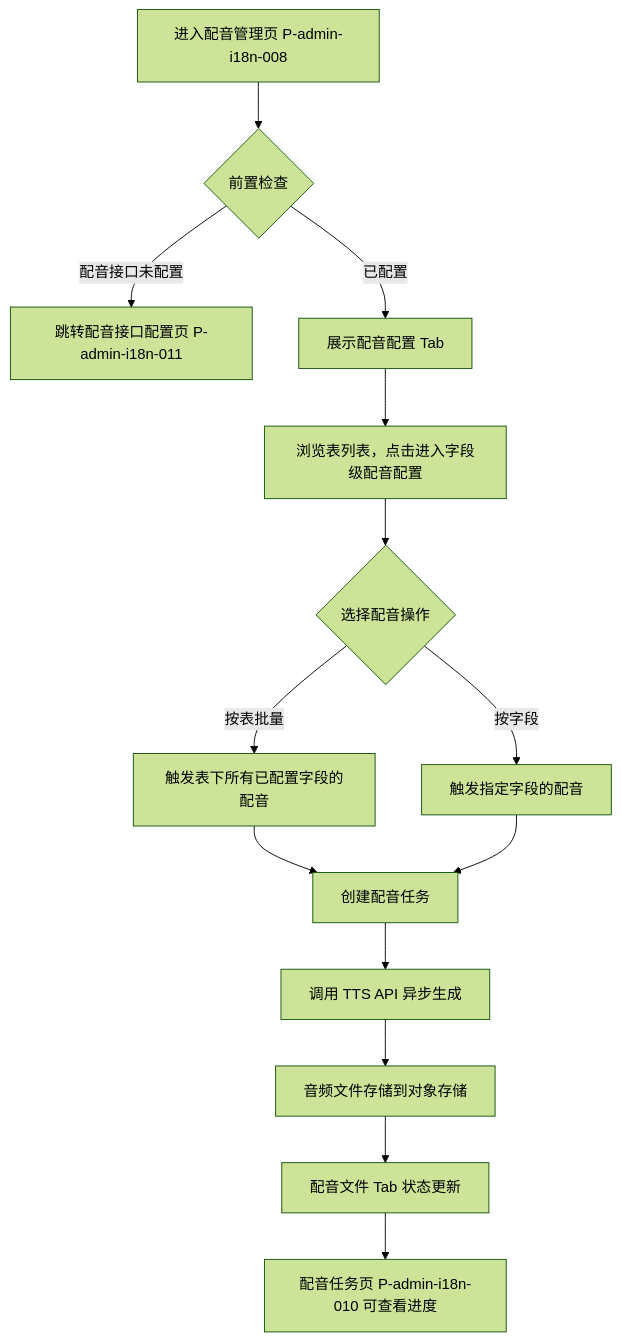
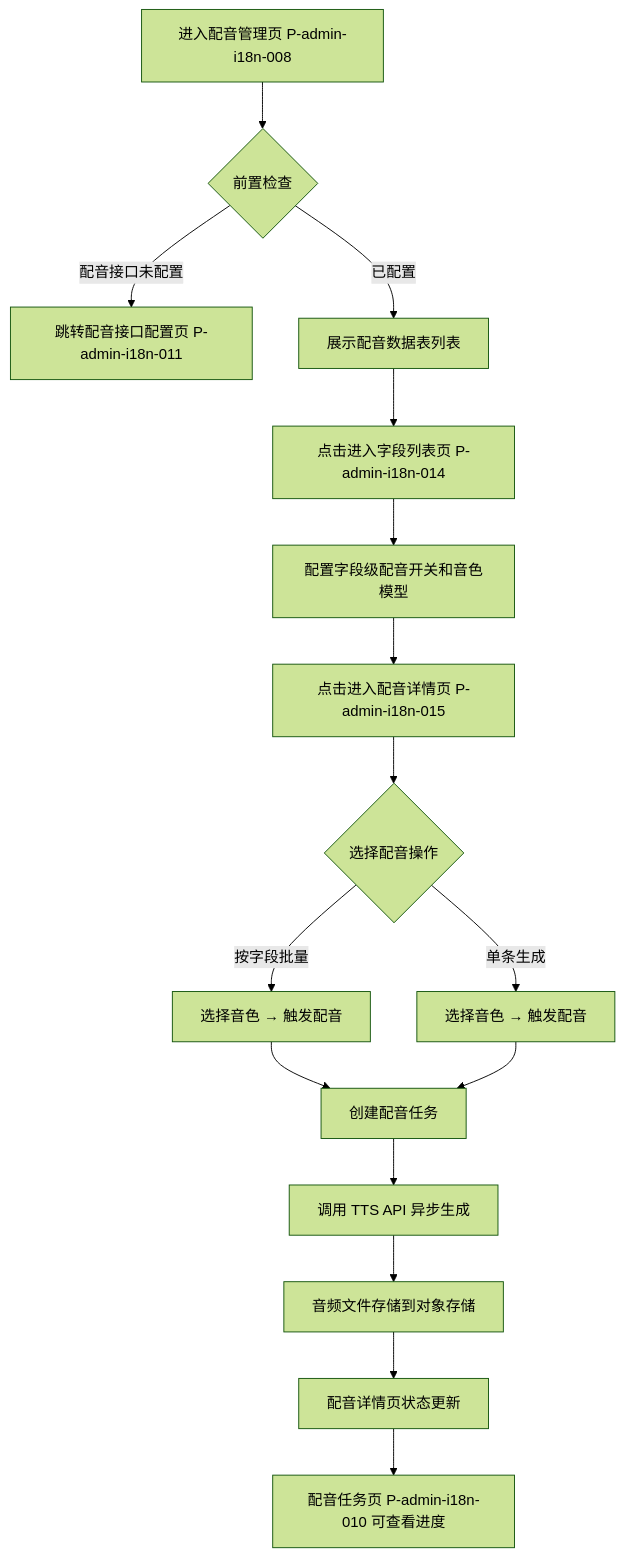
One commit to foryou2026/chinese changed the fourth of 8 diagrams in docs/C02-ia-interaction/admin/i18n/translation-hub/02-flows.md. Above: the diagram before and after it, drawn with Mermaid (forest theme). The commit also changed other lines of this file and 33 other files, not shown here.

````diff
--- a/docs/C02-ia-interaction/admin/i18n/translation-hub/02-flows.md
+++ b/docs/C02-ia-interaction/admin/i18n/translation-hub/02-flows.md
@@ -63,15 +66,17 @@
 ```mermaid
 flowchart TD
     A[进入配音管理页 P-admin-i18n-008] --> B{前置检查}
     B -->|配音接口未配置| C[跳转配音接口配置页 P-admin-i18n-011]
-    B -->|已配置| D[展示配音配置 Tab]
-    D --> E[浏览表列表，点击进入字段级配音配置]
-    E --> F{选择配音操作}
-    F -->|按表批量| G[触发表下所有已配置字段的配音]
-    F -->|按字段| H[触发指定字段的配音]
-    G & H --> I[创建配音任务]
-    I --> J[调用 TTS API 异步生成]
-    J --> K[音频文件存储到对象存储]
-    K --> L[配音文件 Tab 状态更新]
-    L --> M[配音任务页 P-admin-i18n-010 可查看进度]
+    B -->|已配置| D[展示配音数据表列表]
+    D --> E[点击进入字段列表页 P-admin-i18n-014]
+    E --> F[配置字段级配音开关和音色模型]
+    F --> G[点击进入配音详情页 P-admin-i18n-015]
+    G --> H{选择配音操作}
+    H -->|按字段批量| I[选择音色 → 触发配音]
+    H -->|单条生成| J[选择音色 → 触发配音]
+    I & J --> K[创建配音任务]
+    K --> L[调用 TTS API 异步生成]
+    L --> M[音频文件存储到对象存储]
+    M --> N[配音详情页状态更新]
+    N --> O[配音任务页 P-admin-i18n-010 可查看进度]
 ```
````
